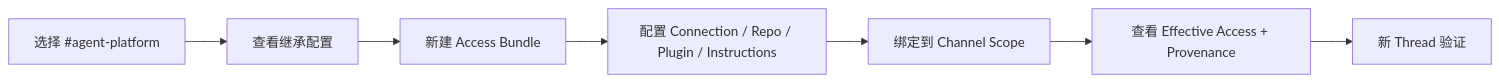
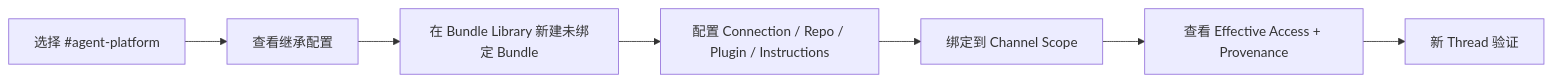
The diagram in docs/demo-product-plan.md (hongliang-zhang/z-tag-by-managed-agent), drawn with Mermaid before and after one commit. The commit also changed other lines of this file, not shown here.

```diff
--- a/docs/demo-product-plan.md
+++ b/docs/demo-product-plan.md
@@ -73,9 +73,9 @@
 ~~~mermaid
 flowchart LR
     A["选择 #agent-platform"] --> B["查看继承配置"]
-    B --> C["新建 Access Bundle"]
+    B --> C["在 Bundle Library 新建未绑定 Bundle"]
     C --> D["配置 Connection / Repo / Plugin / Instructions"]
     D --> E["绑定到 Channel Scope"]
     E --> F["查看 Effective Access + Provenance"]
     F --> G["新 Thread 验证"]
 ~~~
```
